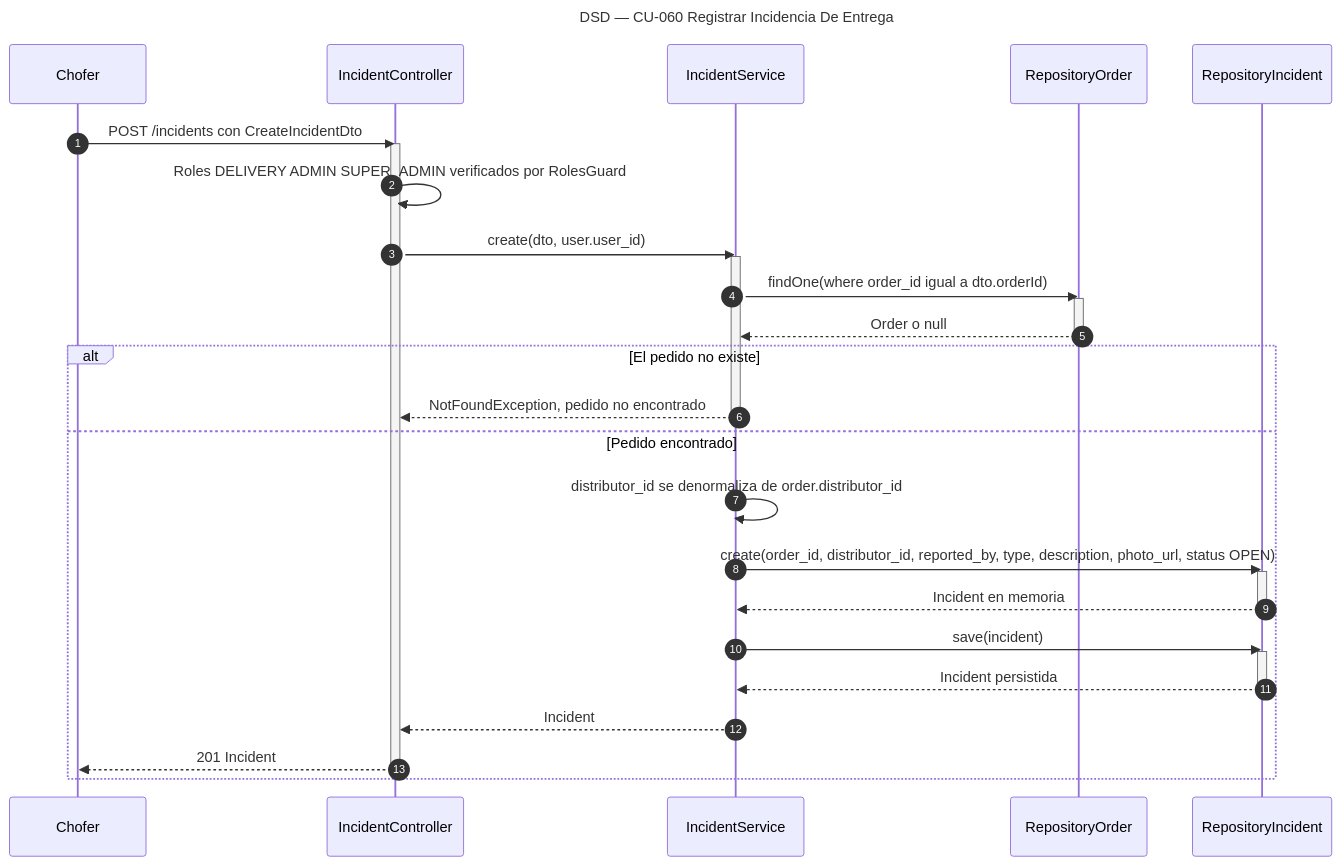
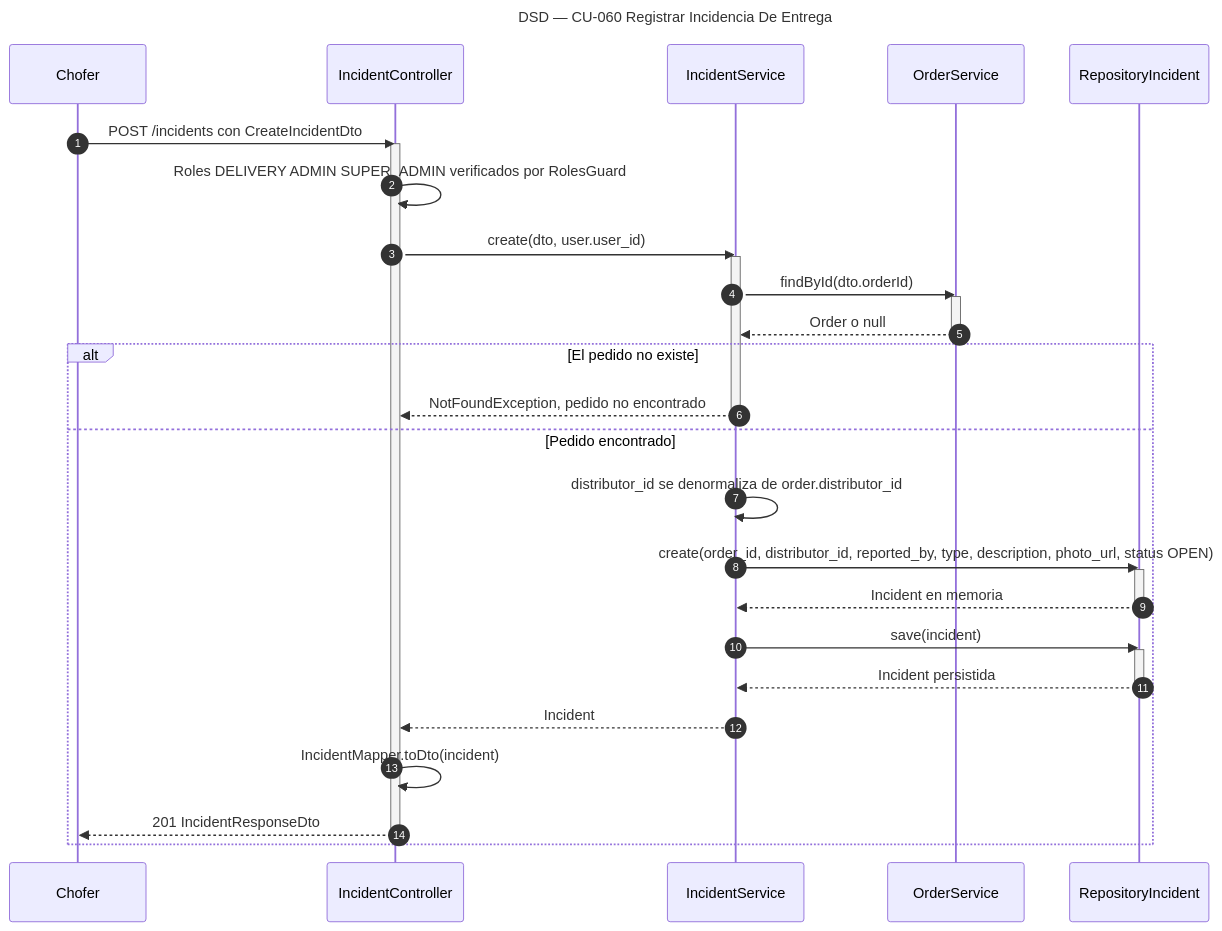
Before and after one commit to Nahuelito-Dev/splg-docs: the diagram in diagramas/DSD_CU-060_Registrar-Incidencia-De-Entrega.mmd, drawn with Mermaid. The commit also changed 5 other files, not shown here.

Commit message:
docs(dsd): incidencias con IncidentResponseDto y el pedido por OrderService

```diff
--- a/diagramas/DSD_CU-060_Registrar-Incidencia-De-Entrega.mmd
+++ b/diagramas/DSD_CU-060_Registrar-Incidencia-De-Entrega.mmd
@@ -1,35 +1,36 @@
 sequenceDiagram
     title DSD — CU-060 Registrar Incidencia De Entrega
     autonumber
     participant CHO as Chofer
     participant CTRL as IncidentController
     participant SRV as IncidentService
-    participant OREP as RepositoryOrder
+    participant OSRV as OrderService
     participant IREP as RepositoryIncident
 
     CHO->>CTRL: POST /incidents con CreateIncidentDto
     activate CTRL
     CTRL->>CTRL: Roles DELIVERY ADMIN SUPER_ADMIN verificados por RolesGuard
     CTRL->>SRV: create(dto, user.user_id)
     activate SRV
-    SRV->>OREP: findOne(where order_id igual a dto.orderId)
-    activate OREP
-    OREP-->>SRV: Order o null
-    deactivate OREP
+    SRV->>OSRV: findById(dto.orderId)
+    activate OSRV
+    OSRV-->>SRV: Order o null
+    deactivate OSRV
     alt El pedido no existe
         SRV-->>CTRL: NotFoundException, pedido no encontrado
         deactivate SRV
     else Pedido encontrado
         SRV->>SRV: distributor_id se denormaliza de order.distributor_id
         SRV->>IREP: create(order_id, distributor_id, reported_by, type, description, photo_url, status OPEN)
         activate IREP
         IREP-->>SRV: Incident en memoria
         deactivate IREP
         SRV->>IREP: save(incident)
         activate IREP
         IREP-->>SRV: Incident persistida
         deactivate IREP
         SRV-->>CTRL: Incident
-        CTRL-->>CHO: 201 Incident
+        CTRL->>CTRL: IncidentMapper.toDto(incident)
+        CTRL-->>CHO: 201 IncidentResponseDto
         deactivate CTRL
     end
```
